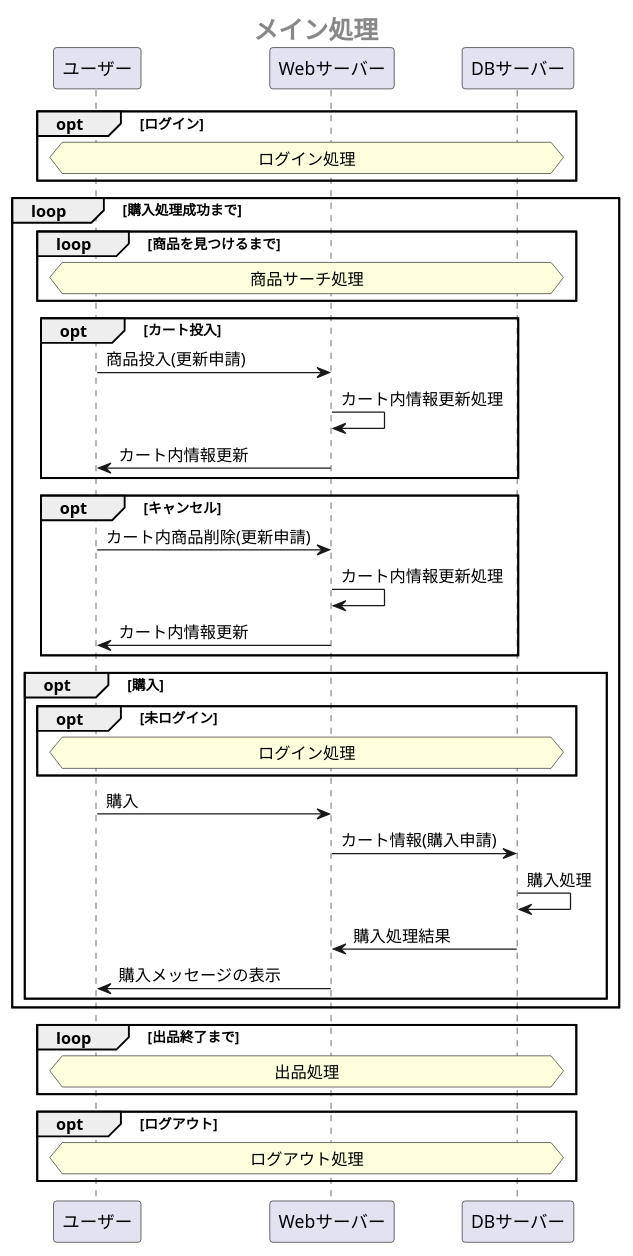
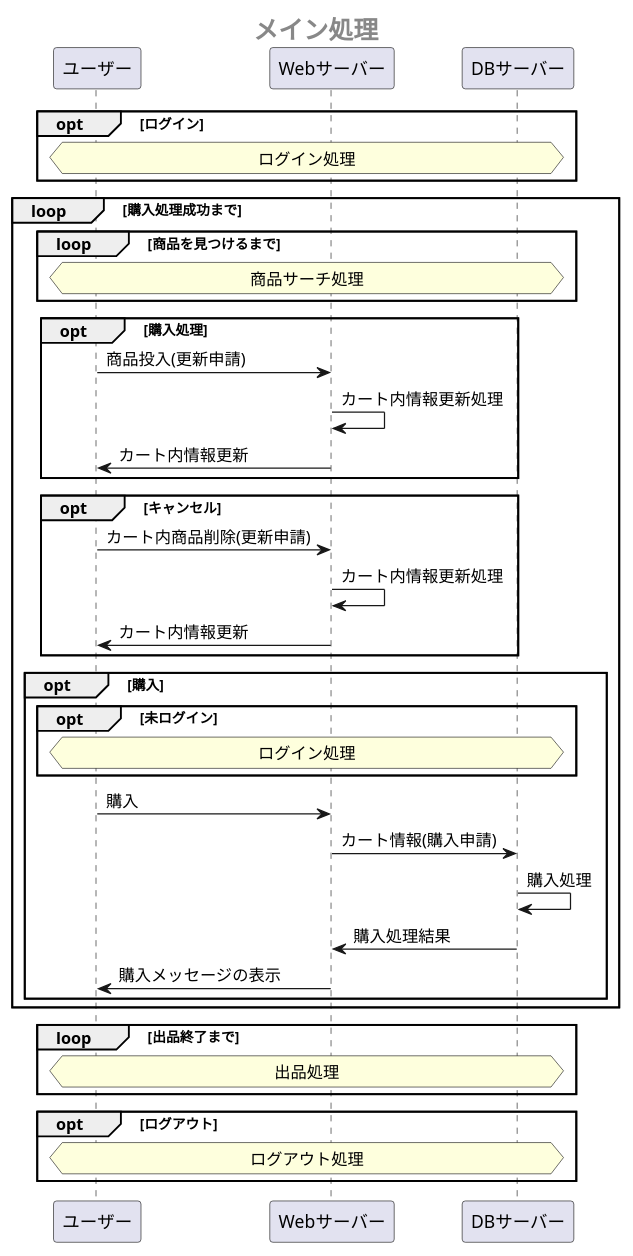
Before and after one commit to Aso2001147/system3: the first of 5 diagrams in 業務フロー図.md, drawn with PlantUML.

````diff
--- a/業務フロー図.md
+++ b/業務フロー図.md
@@ -1,46 +1,46 @@
 ```uml 
 @startuml 
  center header <size:20><b>メイン処理</b></size>
  
  opt ログイン
   hnote across: ログイン処理
  end
 
  loop 購入処理成功まで
   loop 商品を見つけるまで
    hnote across: 商品サーチ処理
   end
 
-  opt カート投入
+  opt 購入処理
    ユーザー -> Webサーバー:商品投入(更新申請)
    Webサーバー -> Webサーバー:カート内情報更新処理
    Webサーバー ->ユーザー:カート内情報更新
   end
   opt キャンセル
    ユーザー -> Webサーバー:カート内商品削除(更新申請)
    Webサーバー -> Webサーバー:カート内情報更新処理
    Webサーバー ->ユーザー:カート内情報更新
   end
 
   opt 購入
    opt 未ログイン
      hnote across: ログイン処理
    end
    ユーザー -> Webサーバー:購入
    Webサーバー -> DBサーバー:カート情報(購入申請)
    DBサーバー -> DBサーバー:購入処理
    DBサーバー -> Webサーバー:購入処理結果
    Webサーバー ->ユーザー:購入メッセージの表示
   end
 
  end
  
  loop 出品終了まで
   hnote across: 出品処理
  end
 
  opt ログアウト
   hnote across: ログアウト処理
  end
 @enduml
 ```
````
